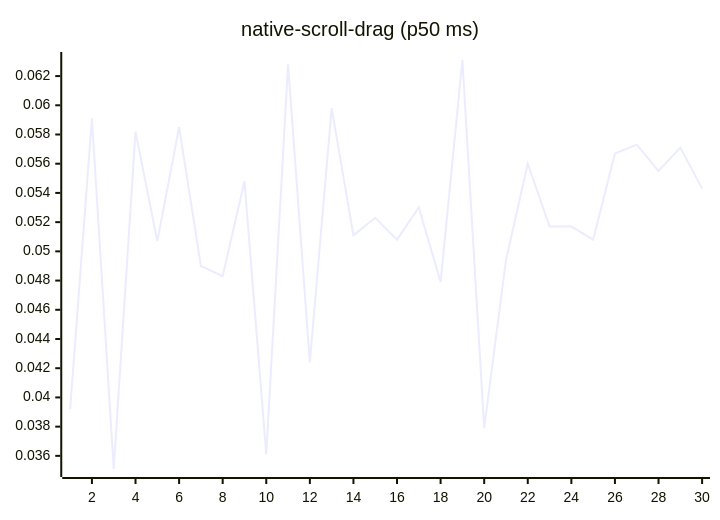
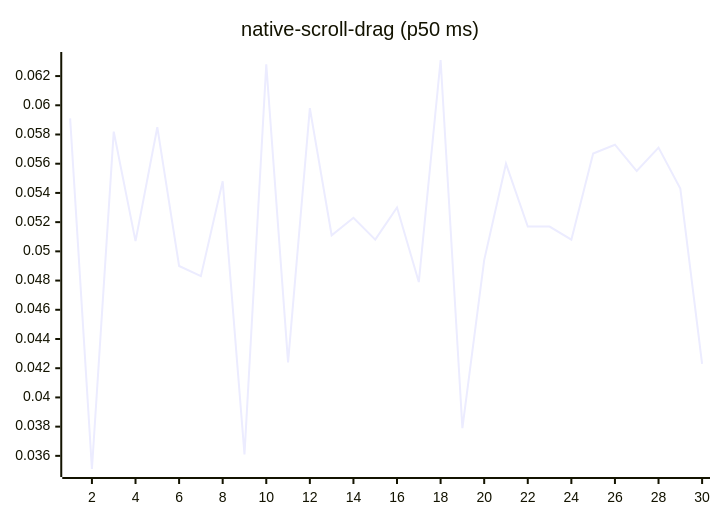
Diagram 14 of 27 in README.md (josha/Facet), drawn with Mermaid before and after one commit. The commit also changed other lines of this file and 2 other files, not shown here.

````diff
--- a/README.md
+++ b/README.md
@@ -154,6 +154,6 @@
 ```mermaid
 xychart-beta
     title "native-scroll-drag (p50 ms)"
     x-axis 1 --> 30
-    line [0.0392, 0.0591, 0.0351, 0.0582, 0.0507, 0.0585, 0.0490, 0.0483, 0.0548, 0.0361, 0.0628, 0.0424, 0.0598, 0.0511, 0.0523, 0.0508, 0.0530, 0.0479, 0.0631, 0.0379, 0.0494, 0.0560, 0.0517, 0.0517, 0.0508, 0.0567, 0.0573, 0.0555, 0.0571, 0.0543]
+    line [0.0591, 0.0351, 0.0582, 0.0507, 0.0585, 0.0490, 0.0483, 0.0548, 0.0361, 0.0628, 0.0424, 0.0598, 0.0511, 0.0523, 0.0508, 0.0530, 0.0479, 0.0631, 0.0379, 0.0494, 0.0560, 0.0517, 0.0517, 0.0508, 0.0567, 0.0573, 0.0555, 0.0571, 0.0543, 0.0423]
 ```
````
